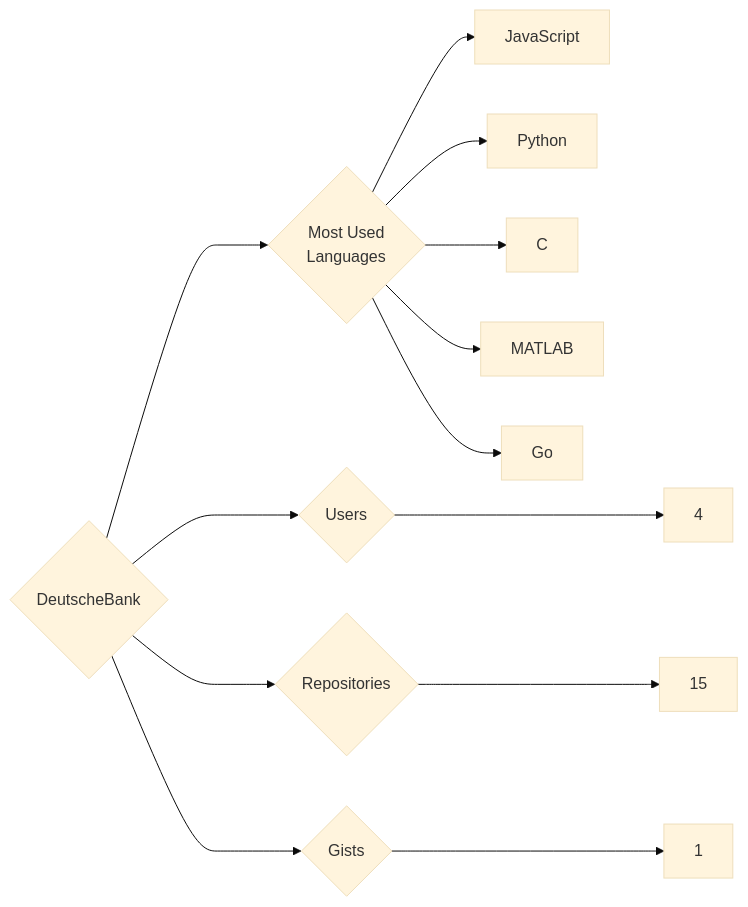
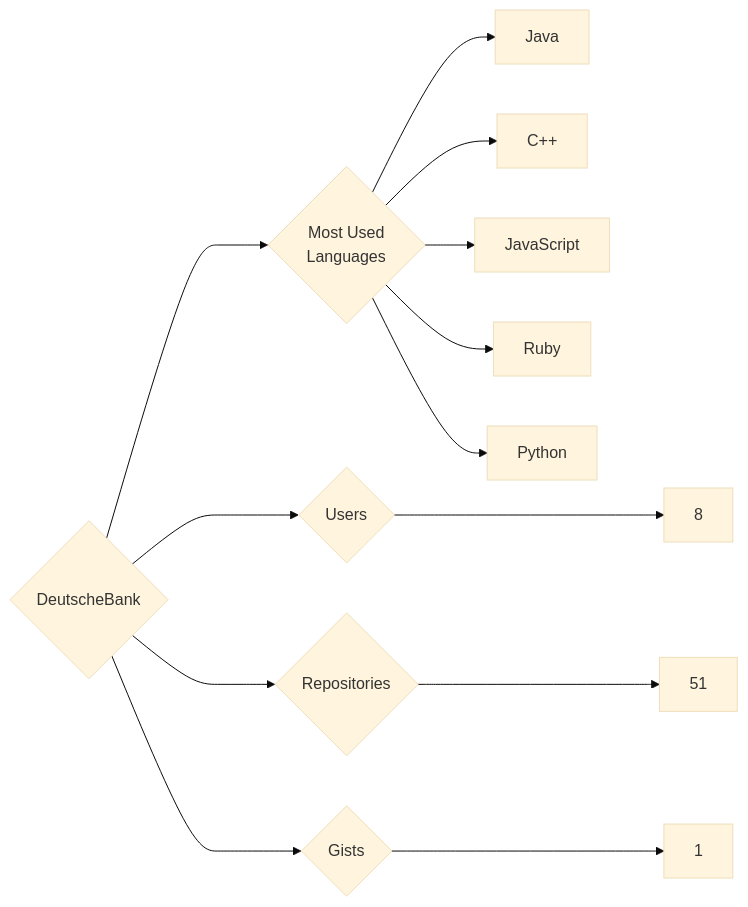
Before and after one commit to trickest/insiders: the diagram in targets/DeutscheBank/README.md, drawn with Mermaid (base theme). The commit also changed 1166 other files, not shown here.

````diff
--- a/targets/DeutscheBank/README.md
+++ b/targets/DeutscheBank/README.md
@@ -3,13 +3,13 @@
 ```mermaid
 graph LR
 COMPANY_NAME{DeutscheBank}
-COMPANY_NAME ---> U{Users} ---> UN[4]
-COMPANY_NAME ---> R{Repositories} ---> RN[15]
+COMPANY_NAME ---> U{Users} ---> UN[8]
+COMPANY_NAME ---> R{Repositories} ---> RN[51]
 COMPANY_NAME ---> G{Gists} ---> GN[1]
 COMPANY_NAME ---> ML{Most Used<br>Languages}
+ML --> Java[Java]
+ML --> C++[C++]
 ML --> JavaScript[JavaScript]
+ML --> Ruby[Ruby]
 ML --> Python[Python]
-ML --> C[C]
-ML --> MATLAB[MATLAB]
-ML --> Go[Go]
 ```
````
